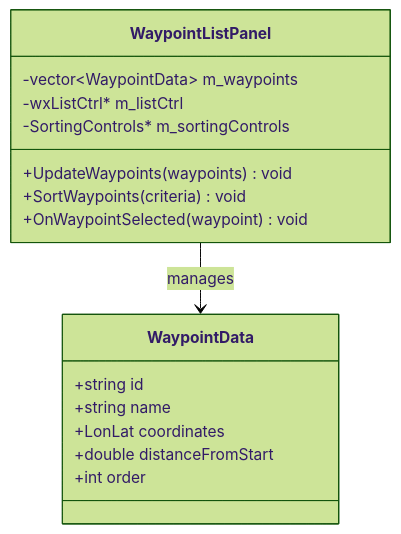
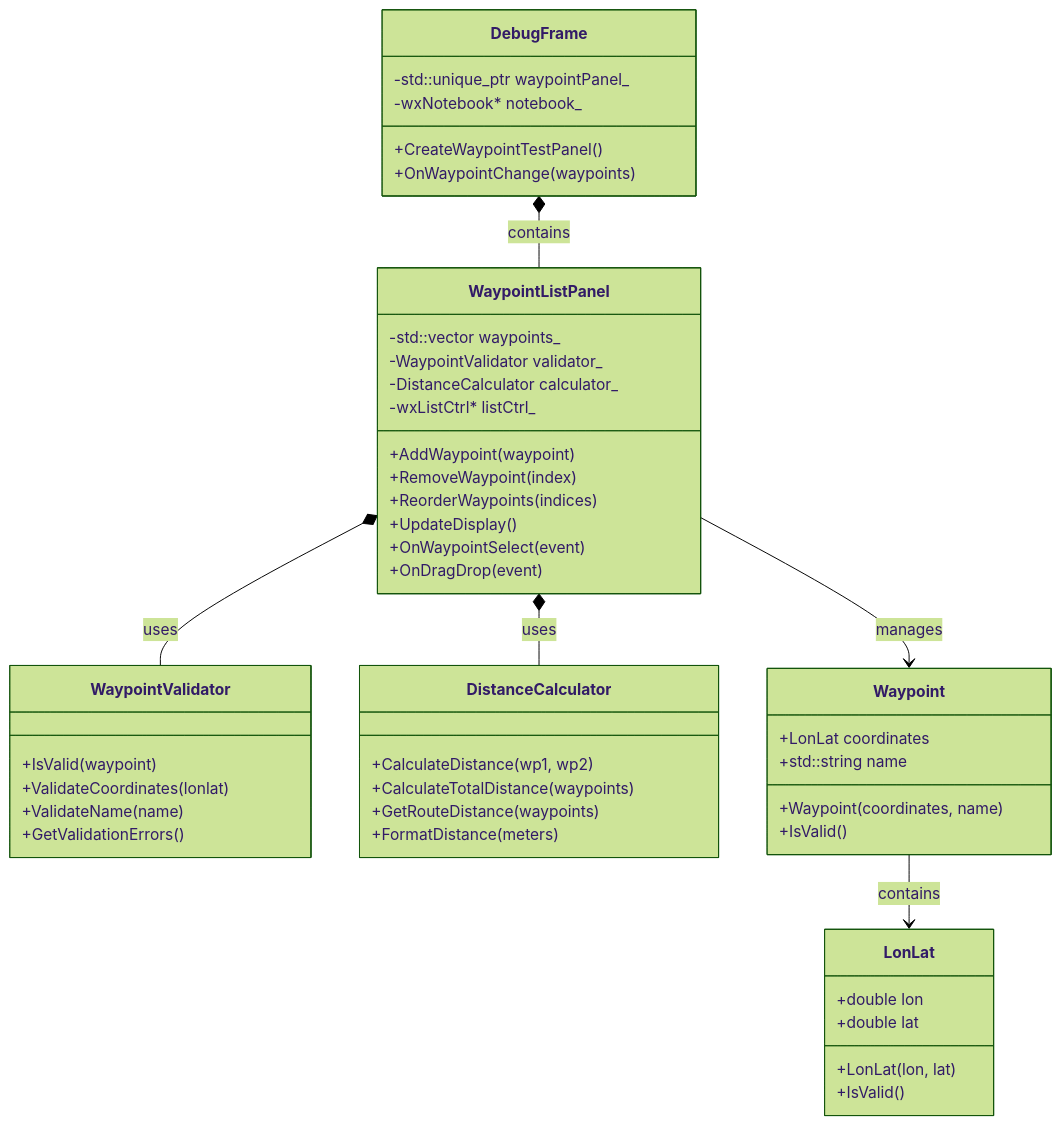
One commit to lee35460/wxTmap-Explorer-A-Tmap-Inspired-Navigation-GUI-using-OpenStreetMap changed the second of 2 diagrams in dev-logs/issue-logs/WXT-58.md. Above: the diagram before and after it, drawn with Mermaid (forest theme). The commit also changed other lines of this file and 7 other files, not shown here.

First line of the commit message:
WXT-58: feat(WXT-58): Implement waypoint list panel UI with sorting and interaction features

````diff
--- a/dev-logs/issue-logs/WXT-58.md
+++ b/dev-logs/issue-logs/WXT-58.md
@@ -114,22 +94,56 @@
 ```mermaid
 classDiagram
     class WaypointListPanel {
-        -vector~WaypointData~ m_waypoints
-        -wxListCtrl* m_listCtrl
-        -SortingControls* m_sortingControls
-        
-        +UpdateWaypoints(waypoints) void
-        +SortWaypoints(criteria) void
-        +OnWaypointSelected(waypoint) void
+        -std::vector<Waypoint> waypoints_
+        -WaypointValidator validator_
+        -DistanceCalculator calculator_
+        -wxListCtrl* listCtrl_
+        +AddWaypoint(waypoint)
+        +RemoveWaypoint(index)
+        +ReorderWaypoints(indices)
+        +UpdateDisplay()
+        +OnWaypointSelect(event)
+        +OnDragDrop(event)
     }
-    
-    class WaypointData {
-        +string id
-        +string name
+
+    class WaypointValidator {
+        +IsValid(waypoint)
+        +ValidateCoordinates(lonlat)
+        +ValidateName(name)
+        +GetValidationErrors()
+    }
+
+    class DistanceCalculator {
+        +CalculateDistance(wp1, wp2)
+        +CalculateTotalDistance(waypoints)
+        +GetRouteDistance(waypoints)
+        +FormatDistance(meters)
+    }
+
+    class Waypoint {
         +LonLat coordinates
-        +double distanceFromStart
-        +int order
+        +std::string name
+        +Waypoint(coordinates, name)
+        +IsValid()
     }
-    
-    WaypointListPanel --> WaypointData: manages
+
+    class LonLat {
+        +double lon
+        +double lat
+        +LonLat(lon, lat)
+        +IsValid()
+    }
+
+    class DebugFrame {
+        -std::unique_ptr<WaypointListPanel> waypointPanel_
+        -wxNotebook* notebook_
+        +CreateWaypointTestPanel()
+        +OnWaypointChange(waypoints)
+    }
+
+    WaypointListPanel *-- WaypointValidator : uses
+    WaypointListPanel *-- DistanceCalculator : uses
+    WaypointListPanel --> Waypoint : manages
+    Waypoint --> LonLat : contains
+    DebugFrame *-- WaypointListPanel : contains
 ```
````
